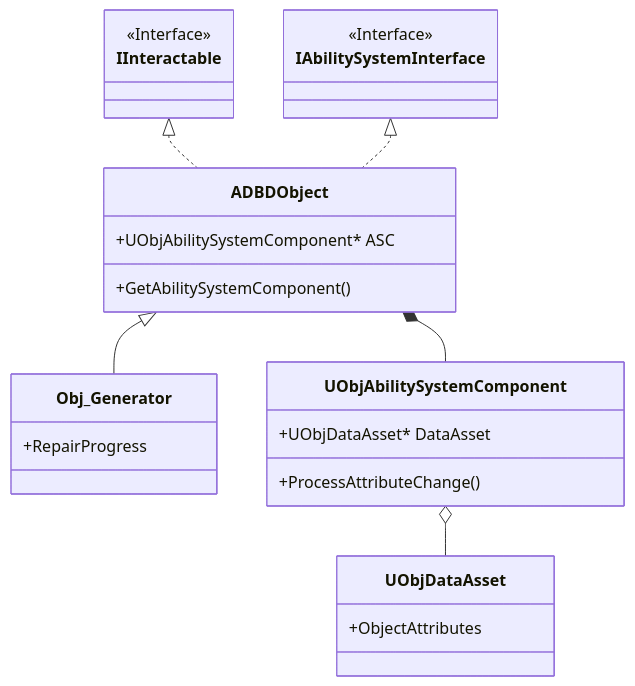
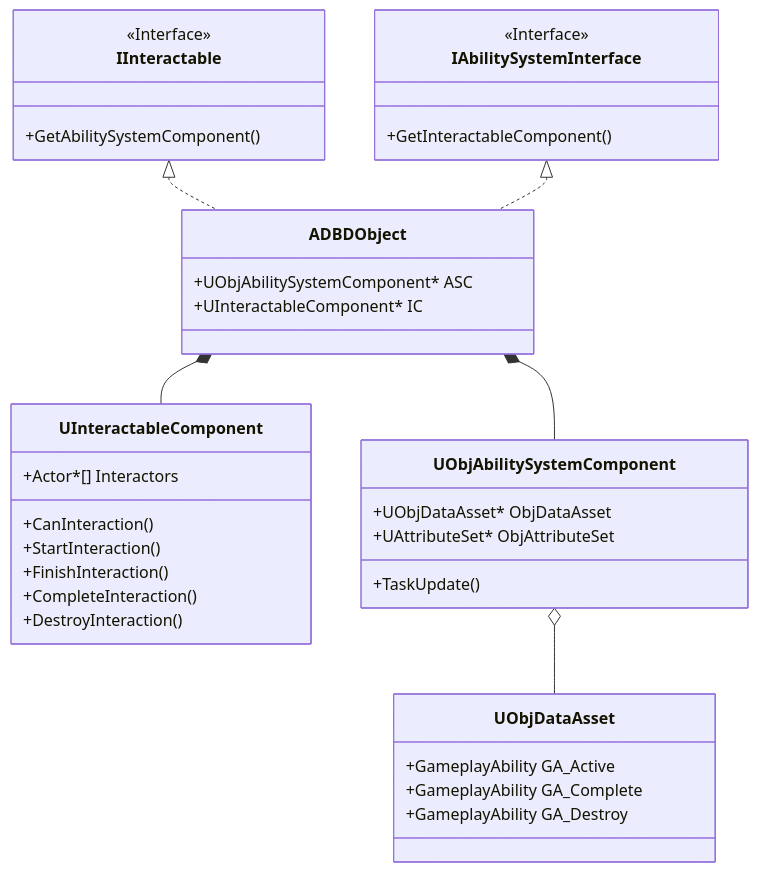
Before and after one commit to audwns0831/DBDProject: the diagram in README.md, drawn with Mermaid. The commit also changed other lines of this file, not shown here.

````diff
--- a/README.md
+++ b/README.md
@@ -27,29 +31,39 @@
 ```mermaid
 classDiagram
     class IInteractable {
         <<Interface>>
+        +GetAbilitySystemComponent()
     }
     class IAbilitySystemInterface {
         <<Interface>>
+        +GetInteractableComponent()
     }
     class ADBDObject {
         +UObjAbilitySystemComponent* ASC
-        +GetAbilitySystemComponent()
+        +UInteractableComponent* IC
     }
-    class Obj_Generator {
-        +RepairProgress
+    class UInteractableComponent {
+        +Actor*[] Interactors
+        +CanInteraction()
+        +StartInteraction()
+        +FinishInteraction()
+        +CompleteInteraction()
+        +DestroyInteraction()
     }
     class UObjAbilitySystemComponent {
-        +UObjDataAsset* DataAsset
-        +ProcessAttributeChange()
+        +UObjDataAsset* ObjDataAsset
+        +UAttributeSet* ObjAttributeSet
+        +TaskUpdate()
     }
     class UObjDataAsset {
-        +ObjectAttributes
+        +GameplayAbility GA_Active
+        +GameplayAbility GA_Complete
+        +GameplayAbility GA_Destroy
     }
     
     IInteractable <|.. ADBDObject
     IAbilitySystemInterface <|.. ADBDObject
-    ADBDObject <|-- Obj_Generator
+    ADBDObject *-- UInteractableComponent
     ADBDObject *-- UObjAbilitySystemComponent
     UObjAbilitySystemComponent o-- UObjDataAsset
 ```
````
